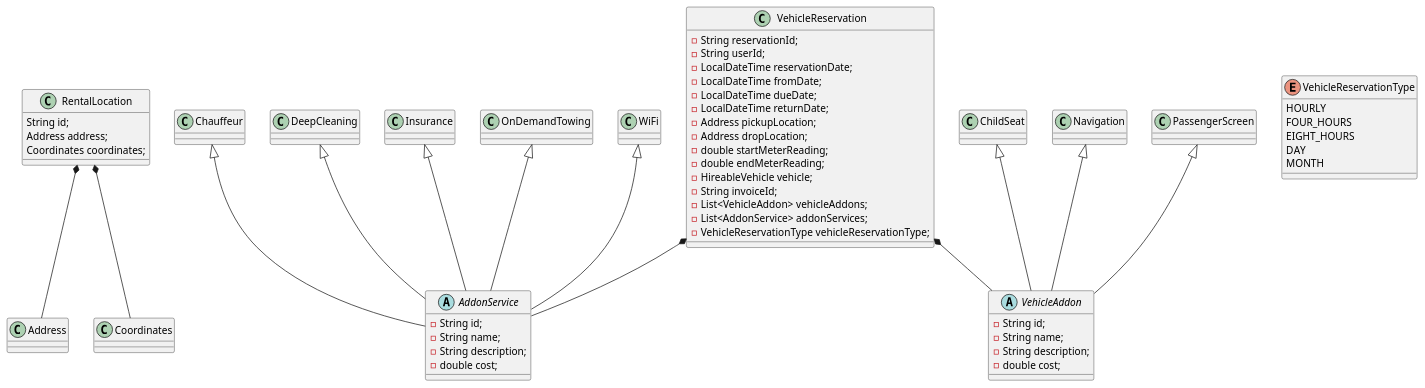
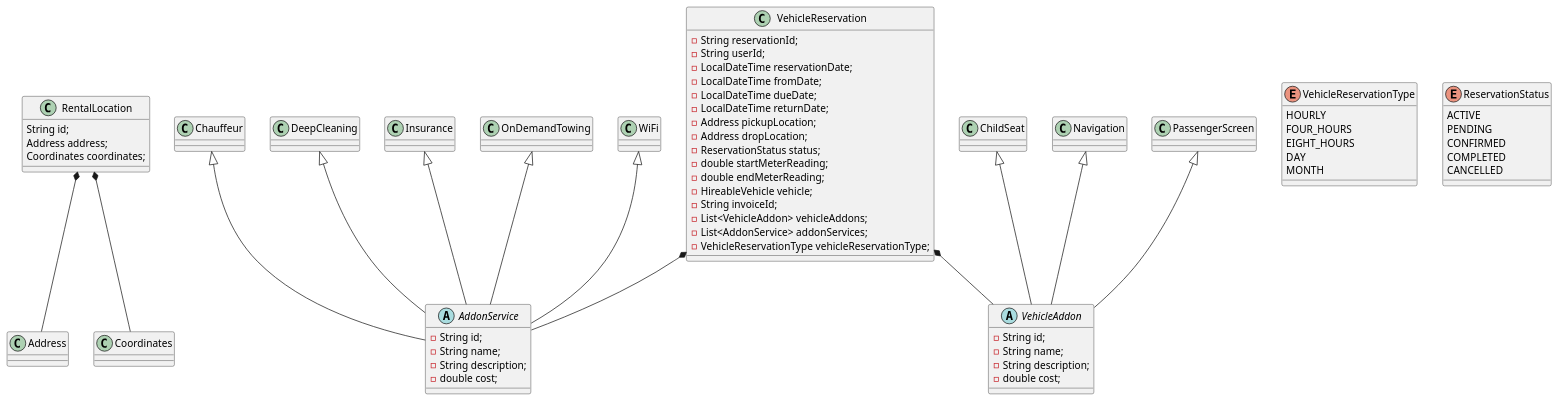
One commit to sahilnarwal/awesome-vehicle-rental changed the diagram in src/main/docs/Reservation.puml. Above: the diagram before and after it, drawn with PlantUML. The commit also changed 8 other files, not shown here.

```diff
--- a/src/main/docs/Reservation.puml
+++ b/src/main/docs/Reservation.puml
@@ -1,65 +1,74 @@
 @startuml
 
 class RentalLocation {
 String id;
 Address address;
 Coordinates coordinates;
 }
 
 RentalLocation *--Address
 RentalLocation *--Coordinates
 
 abstract class AddonService {
 -String id;
 -String name;
 -String description;
 -double cost;
 }
 
 Chauffeur <|-- AddonService
 DeepCleaning <|-- AddonService
 Insurance <|-- AddonService
 OnDemandTowing <|-- AddonService
 WiFi <|-- AddonService
 
 abstract class VehicleAddon {
 -String id;
 -String name;
 -String description;
 -double cost;
 }
 
 ChildSeat <|-- VehicleAddon
 Navigation <|-- VehicleAddon
 PassengerScreen <|-- VehicleAddon
 
 class VehicleReservation {
 -String reservationId;
 -String userId;
 -LocalDateTime reservationDate;
 -LocalDateTime fromDate;
 -LocalDateTime dueDate;
 -LocalDateTime returnDate;
 -Address pickupLocation;
 -Address dropLocation;
+-ReservationStatus status;
 -double startMeterReading;
 -double endMeterReading;
 - HireableVehicle vehicle;
 -String invoiceId;
 -List<VehicleAddon> vehicleAddons;
 -List<AddonService> addonServices;
 -VehicleReservationType vehicleReservationType;
 }
 
 VehicleReservation *-- VehicleAddon
 VehicleReservation *-- AddonService
 
 enum VehicleReservationType {
     HOURLY
     FOUR_HOURS
     EIGHT_HOURS
     DAY
     MONTH
 }
 
+enum ReservationStatus {
+    ACTIVE
+    PENDING
+    CONFIRMED
+    COMPLETED
+    CANCELLED
+}
+
 @enduml
```
